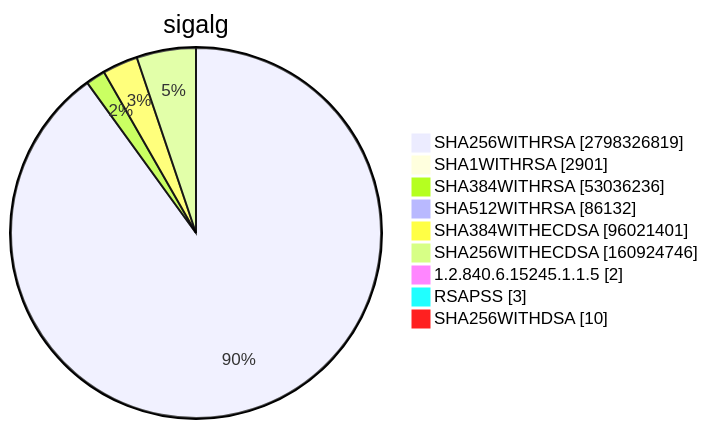
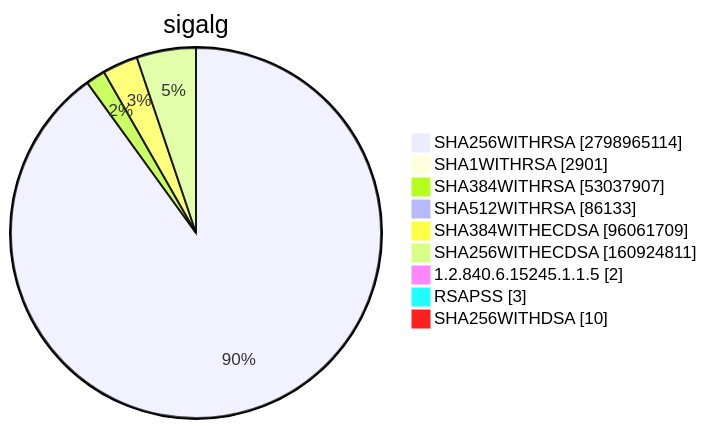
One commit to christiankrug/ctmonitor_visualization changed diagram 15 of 15 in TOTAL/README.md. Above: the diagram before and after it, drawn with Mermaid. The commit also changed other lines of this file, not shown here.

````diff
--- a/TOTAL/README.md
+++ b/TOTAL/README.md
@@ -6207,13 +6207,13 @@
 ```mermaid
 pie showData
 title sigalg
-"SHA256WITHRSA" :2798326819
+"SHA256WITHRSA" :2798965114
 "SHA1WITHRSA" :2901
-"SHA384WITHRSA" :53036236
-"SHA512WITHRSA" :86132
-"SHA384WITHECDSA" :96021401
-"SHA256WITHECDSA" :160924746
+"SHA384WITHRSA" :53037907
+"SHA512WITHRSA" :86133
+"SHA384WITHECDSA" :96061709
+"SHA256WITHECDSA" :160924811
 "1.2.840.6.15245.1.1.5" :2
 "RSAPSS" :3
 "SHA256WITHDSA" :10
 ```
````
